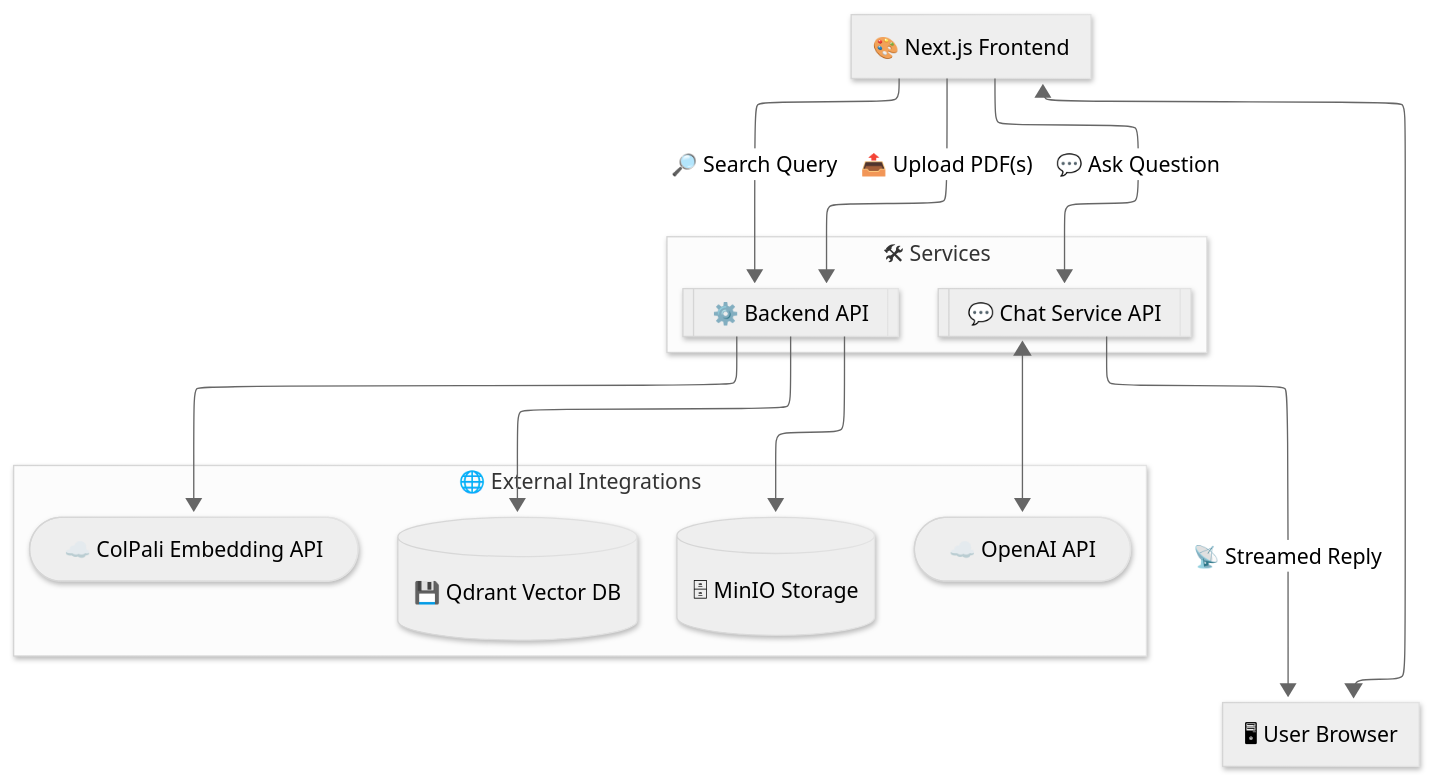
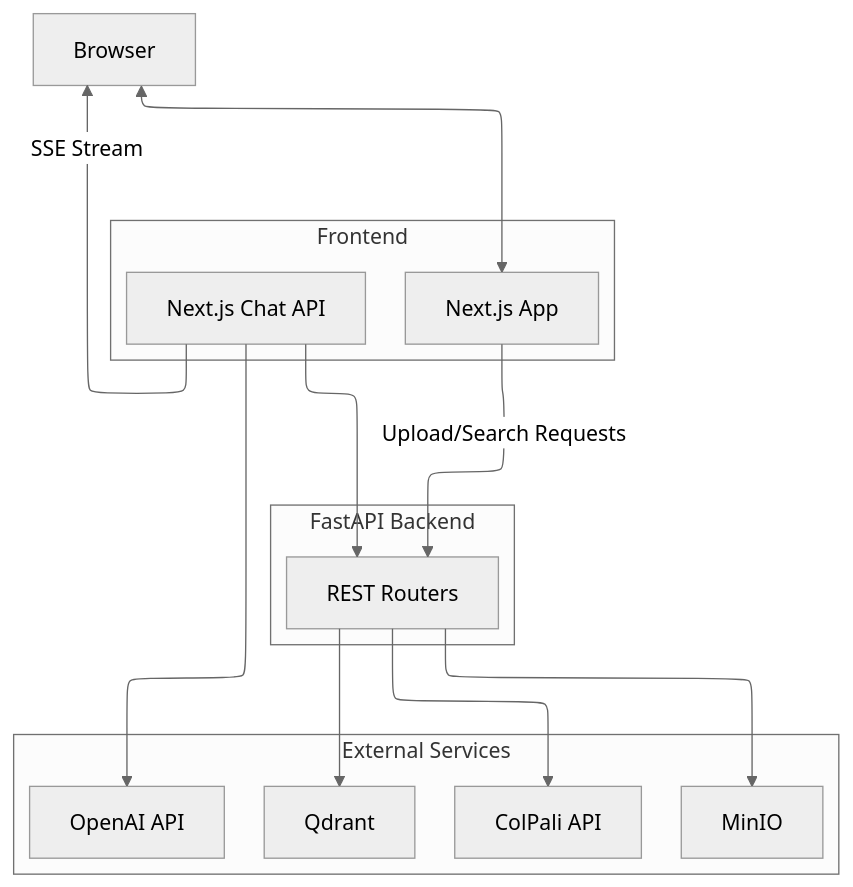
The diagram in backend/docs/architecture.md (athrael-soju/Snappy), drawn with Mermaid before and after one commit. The commit also changed other lines of this file and 8 other files, not shown here.

````diff
--- a/backend/docs/architecture.md
+++ b/backend/docs/architecture.md
@@ -5,27 +5,32 @@
 ```mermaid
 ---
 config:
   theme: neutral
   layout: elk
-  look: neo
 ---
 flowchart TB
- subgraph Services["🛠 Services"]
-        BACKEND[["⚙️ Backend API"]]
-        NXCHAT[["💬 Chat Service API"]]
+  subgraph Frontend["Frontend"]
+    NEXT["Next.js App"]
+    CHAT["Next.js Chat API"]
   end
- subgraph External["🌐 External Integrations"]
-        QD[("💾 Qdrant Vector DB")]
-        MN[("🗄 MinIO Storage")]
-        CQ(["☁️ ColPali Embedding API"])
-        OA(["☁️ OpenAI API"])
+
+  subgraph Backend["FastAPI Backend"]
+    API["REST Routers"]
   end
-    U["🖥 User Browser"] <--> NEXT["🎨 Next.js Frontend"]
-    NEXT -- 📤 Upload PDF(s) --> BACKEND
-    NEXT -- 🔎 Search Query --> BACKEND
-    BACKEND --> MN & CQ & QD
-    NEXT -- 💬 Ask Question --> NXCHAT
-    NXCHAT <--> OA
-    NXCHAT -- 📡 Streamed Reply --> U
 
+  subgraph Services["External Services"]
+    QDRANT["Qdrant"]
+    MINIO["MinIO"]
+    COLPALI["ColPali API"]
+    OPENAI["OpenAI API"]
+  end
+
+  USER["Browser"] <--> NEXT
+  NEXT -- Upload/Search Requests --> API
+  API --> QDRANT
+  API --> MINIO
+  API --> COLPALI
+  CHAT --> API
+  CHAT --> OPENAI
+  CHAT -- SSE Stream --> USER
 ```
````
